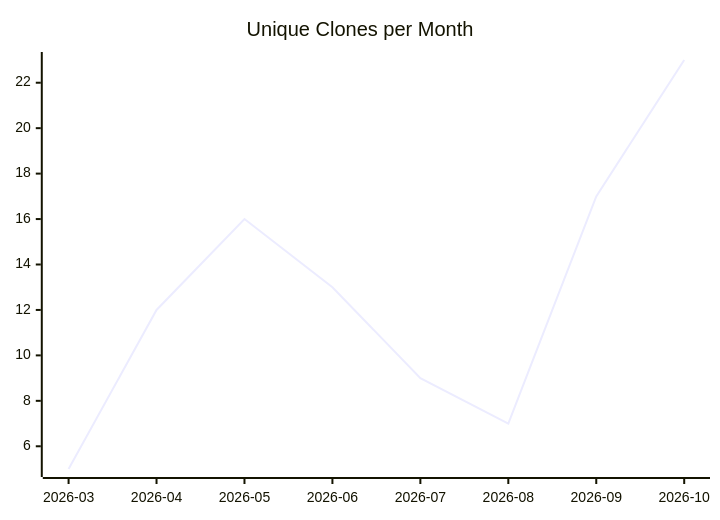
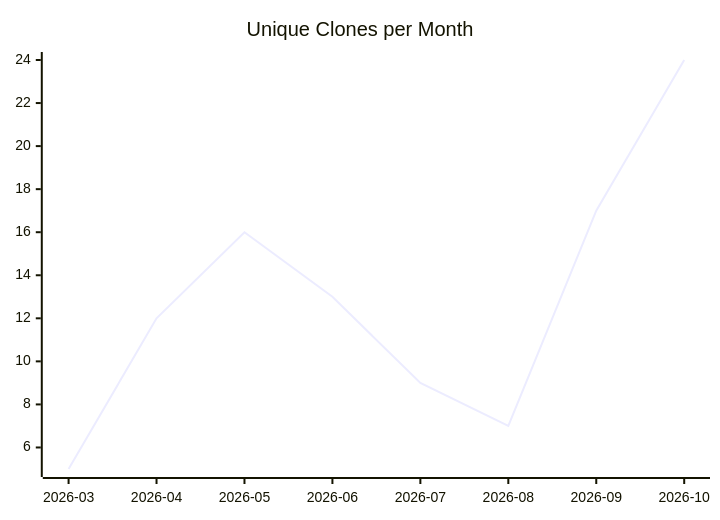
Before and after one commit to justdavis-family/github-analytics-data: the third of 3 diagrams in karlmdavis/justdavis-karl/README.md, drawn with Mermaid. The commit also changed other lines of this file and 199 other files, not shown here.

````diff
--- a/karlmdavis/justdavis-karl/README.md
+++ b/karlmdavis/justdavis-karl/README.md
@@ -19,6 +19,6 @@
 ```mermaid
 xychart-beta
   title "Unique Clones per Month"
   x-axis ["2026-03", "2026-04", "2026-05", "2026-06", "2026-07", "2026-08", "2026-09", "2026-10"]
-  line [5, 12, 16, 13, 9, 7, 17, 23]
+  line [5, 12, 16, 13, 9, 7, 17, 24]
 ```
````
